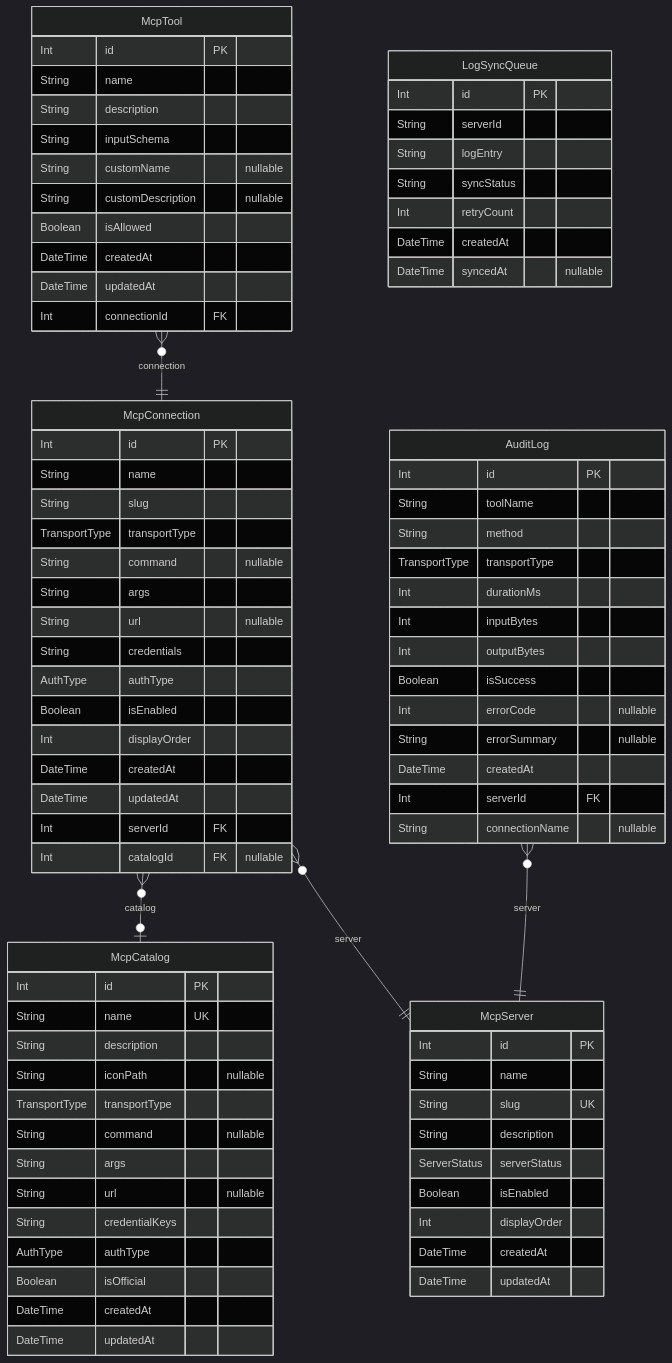
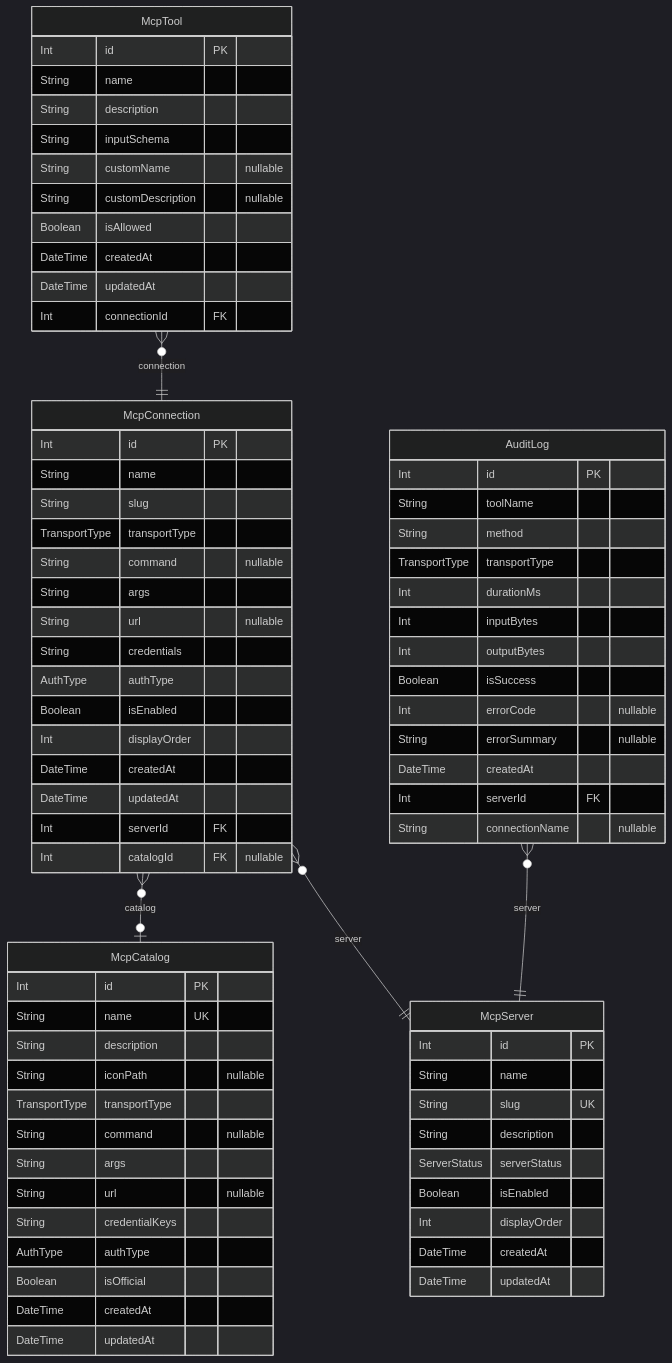
One commit to rayven122/tumiki changed the second of 2 diagrams in apps/desktop/prisma/README.md. Above: the diagram before and after it, drawn with Mermaid (dark theme). The commit also changed other lines of this file and 5 other files, not shown here.

First line of the commit message:
fix(desktop): レビュー指摘3件を修正（LogSyncQueue削除・AuthToken ID変更・不要依存削除）

```diff
--- a/apps/desktop/prisma/README.md
+++ b/apps/desktop/prisma/README.md
@@ -89,15 +89,6 @@
   DateTime createdAt
   DateTime updatedAt
 }
-"LogSyncQueue" {
-  Int id PK
-  String serverId
-  String logEntry
-  String syncStatus
-  Int retryCount
-  DateTime createdAt
-  DateTime syncedAt "nullable"
-}
 "AuditLog" {
   Int id PK
   String toolName
```
